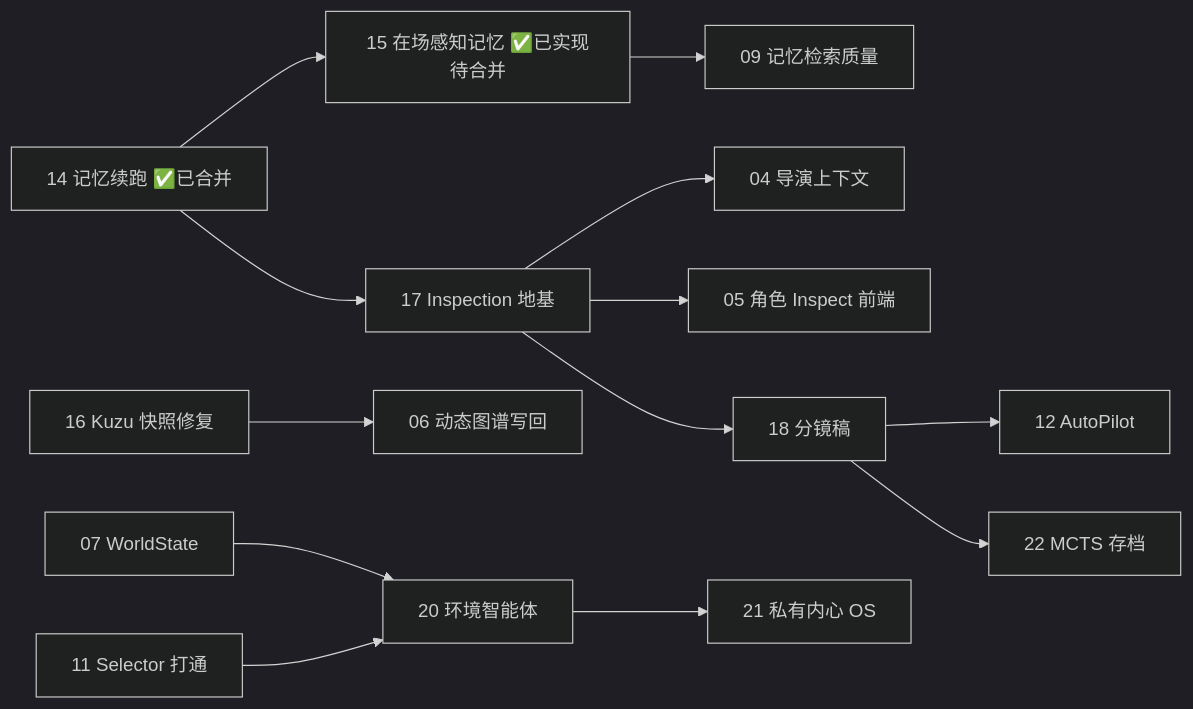
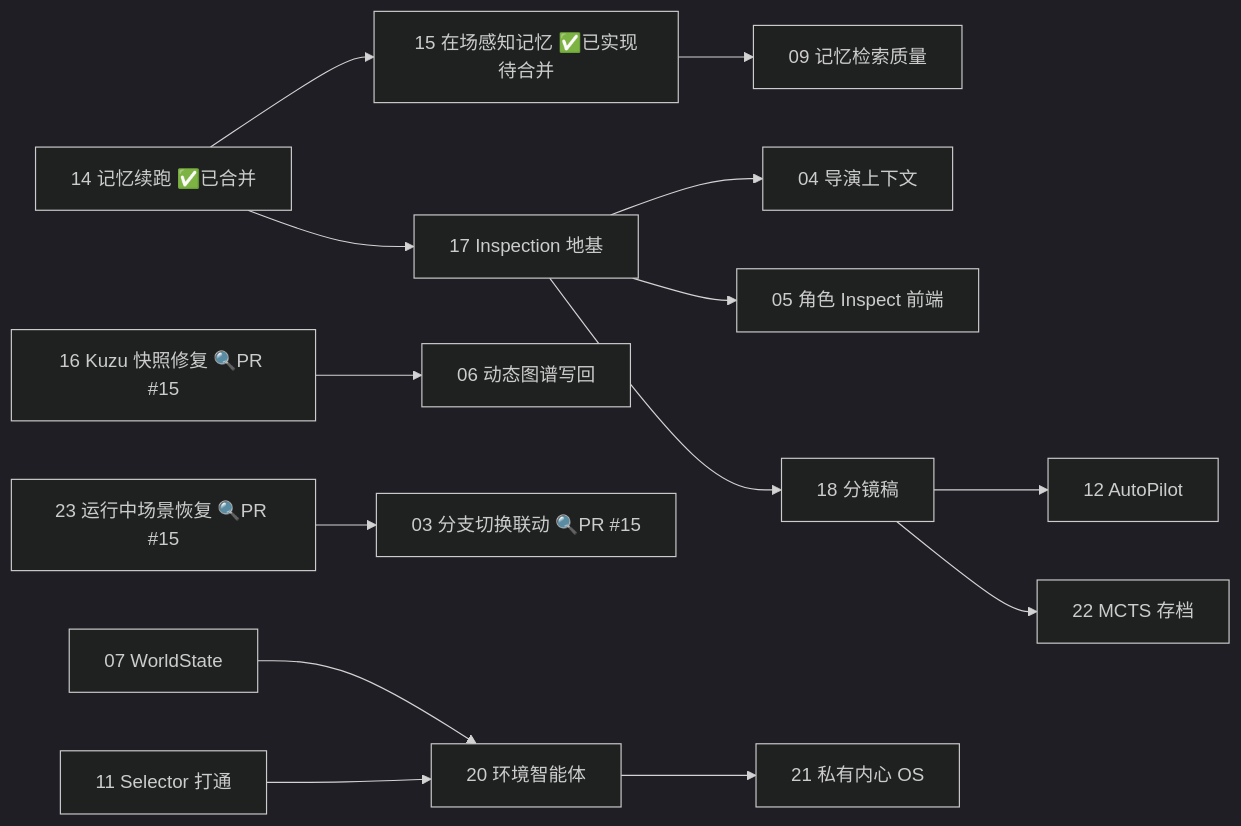
Before and after one commit to YuanPeixi/PlotSystem2: the diagram in docs/fix-tickets/README.md, drawn with Mermaid (dark theme). The commit also changed other lines of this file and 3 other files, not shown here.

````diff
--- a/docs/fix-tickets/README.md
+++ b/docs/fix-tickets/README.md
@@ -173,15 +182,16 @@
 ```mermaid
 graph LR
   T14[14 记忆续跑 ✅已合并] --> T15[15 在场感知记忆 ✅已实现待合并]
   T14 --> T17[17 Inspection 地基]
   T15 --> T09[09 记忆检索质量]
-  T16[16 Kuzu 快照修复] --> T06[06 动态图谱写回]
+  T16[16 Kuzu 快照修复 🔍PR #15] --> T06[06 动态图谱写回]
+  T23[23 运行中场景恢复 🔍PR #15] --> T03[03 分支切换联动 🔍PR #15]
   T17 --> T04[04 导演上下文]
   T17 --> T05[05 角色 Inspect 前端]
   T17 --> T18[18 分镜稿]
   T18 --> T12[12 AutoPilot]
   T18 --> T22[22 MCTS 存档]
   T07[07 WorldState] --> T20[20 环境智能体]
   T11[11 Selector 打通] --> T20
   T20 --> T21[21 私有内心 OS]
 ```
````
